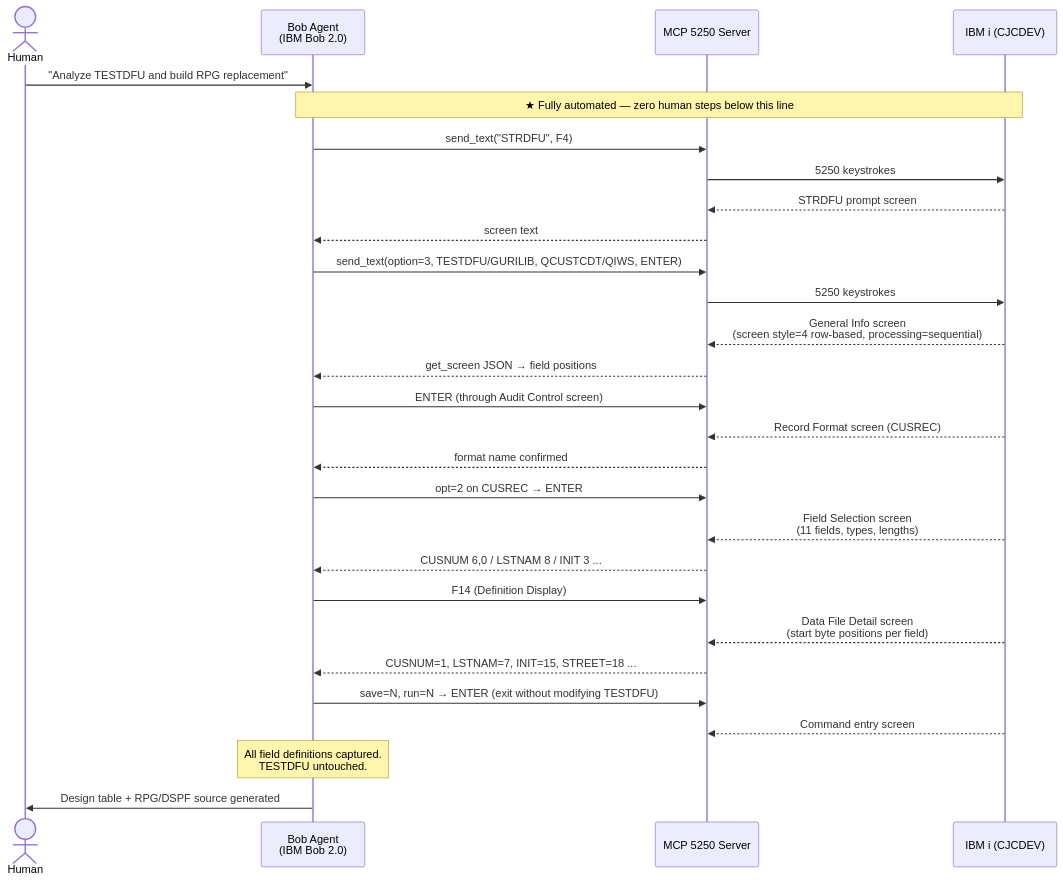
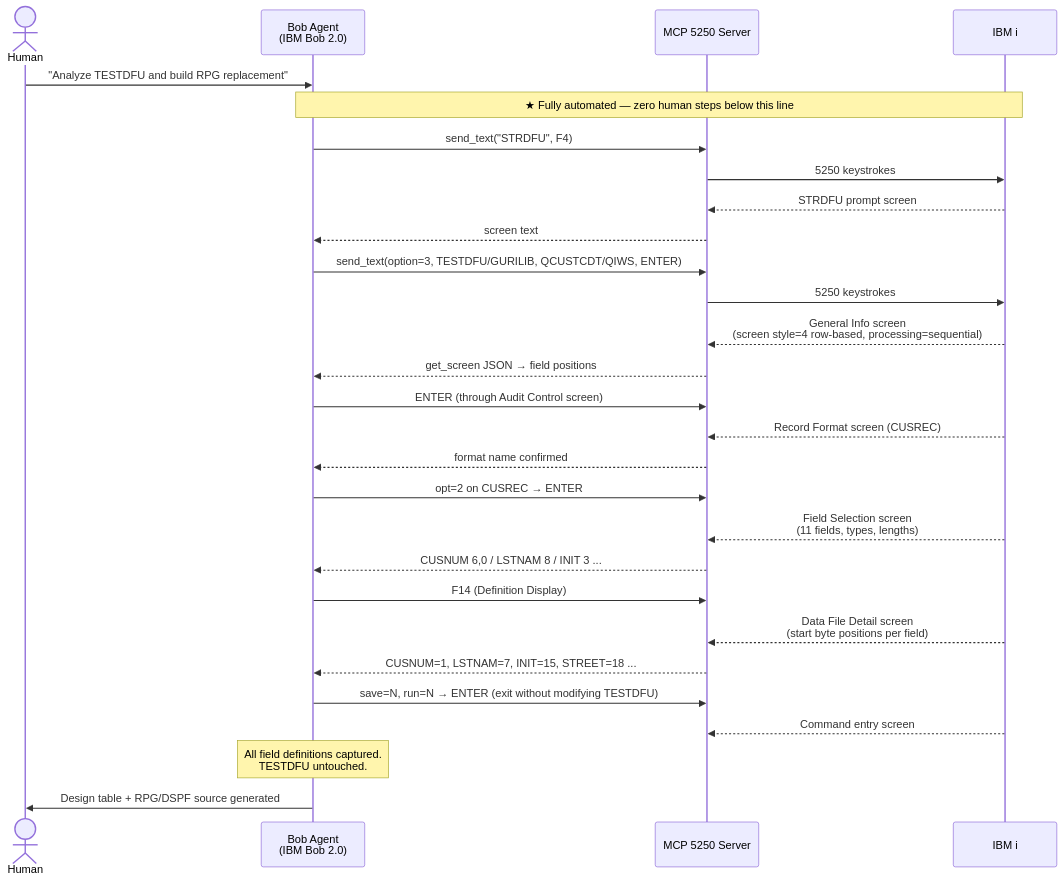
Before and after one commit to GuriCat/IBM-TechXchange-2026-Dev-Day-Hackathon-DFU-to-ILE-RPG-and-DSPF-Migration: the third of 9 diagrams in submission-report.md, drawn with Mermaid. The commit also changed other lines of this file and 4 other files, not shown here.

````diff
--- a/submission-report.md
+++ b/submission-report.md
@@ -180,39 +367,39 @@
 ```mermaid
 sequenceDiagram
     actor Human
     participant Bob as Bob Agent<br/>(IBM Bob 2.0)
     participant MCP as MCP 5250 Server
-    participant IBMi as IBM i (CJCDEV)
+    participant IBMi as IBM i
 
     Human->>Bob: "Analyze TESTDFU and build RPG replacement"
 
     Note over Bob,IBMi: ★ Fully automated — zero human steps below this line
 
     Bob->>MCP: send_text("STRDFU", F4)
     MCP->>IBMi: 5250 keystrokes
     IBMi-->>MCP: STRDFU prompt screen
     MCP-->>Bob: screen text
 
     Bob->>MCP: send_text(option=3, TESTDFU/GURILIB, QCUSTCDT/QIWS, ENTER)
     MCP->>IBMi: 5250 keystrokes
     IBMi-->>MCP: General Info screen<br/>(screen style=4 row-based, processing=sequential)
     MCP-->>Bob: get_screen JSON → field positions
 
     Bob->>MCP: ENTER (through Audit Control screen)
     IBMi-->>MCP: Record Format screen (CUSREC)
     MCP-->>Bob: format name confirmed
 
     Bob->>MCP: opt=2 on CUSREC → ENTER
     IBMi-->>MCP: Field Selection screen<br/>(11 fields, types, lengths)
     MCP-->>Bob: CUSNUM 6,0 / LSTNAM 8 / INIT 3 ...
 
     Bob->>MCP: F14 (Definition Display)
     IBMi-->>MCP: Data File Detail screen<br/>(start byte positions per field)
     MCP-->>Bob: CUSNUM=1, LSTNAM=7, INIT=15, STREET=18 ...
 
     Bob->>MCP: save=N, run=N → ENTER (exit without modifying TESTDFU)
     IBMi-->>MCP: Command entry screen
 
     Note over Bob: All field definitions captured.<br/>TESTDFU untouched.
     Bob->>Human: Design table + RPG/DSPF source generated
 ```
````
